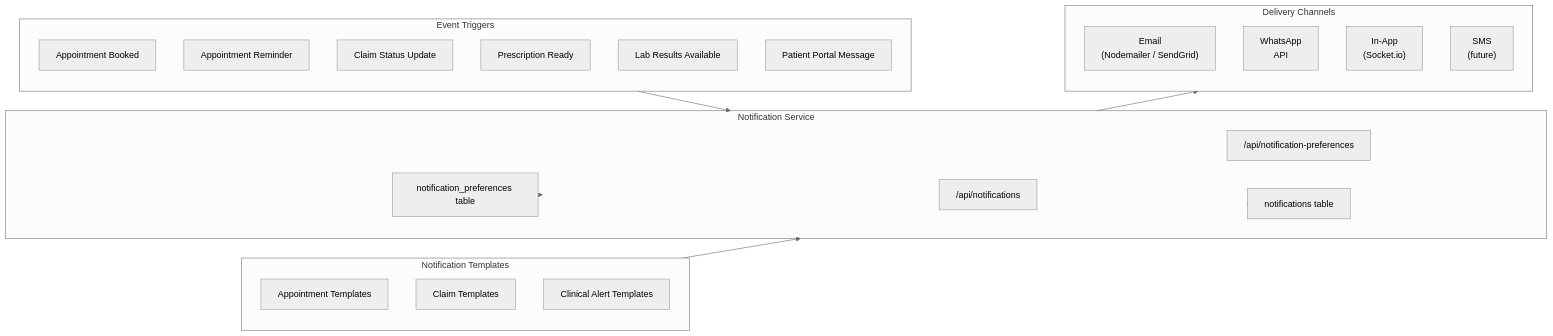
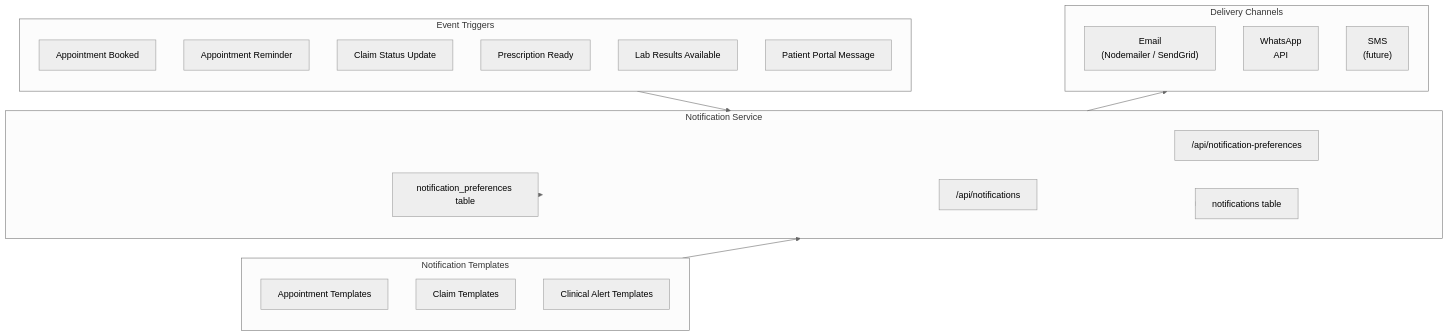
Before and after one commit to rajbizchannels/AureonCare: diagram 13 of 16 in ARCHITECTURE_DIAGRAM.md, drawn with Mermaid (neutral theme). The commit also changed other lines of this file, not shown here.

````diff
--- a/ARCHITECTURE_DIAGRAM.md
+++ b/ARCHITECTURE_DIAGRAM.md
@@ -812,37 +809,36 @@
 ```mermaid
 graph LR
     subgraph Triggers["Event Triggers"]
         APPT_BOOK["Appointment Booked"]
         APPT_REMIND["Appointment Reminder"]
         CLAIM_UPDATE["Claim Status Update"]
         RX_READY["Prescription Ready"]
         LAB_RESULT["Lab Results Available"]
         PORTAL_MSG["Patient Portal Message"]
     end
 
     subgraph NotifService["Notification Service"]
         NOTIF_ROUTE["/api/notifications"]
         NOTIF_PREF["/api/notification-preferences"]
         NOTIF_DB["notifications table"]
         PREF_DB["notification_preferences table"]
     end
 
     subgraph Channels["Delivery Channels"]
         EMAIL_CH["Email<br/>(Nodemailer / SendGrid)"]
         WHATSAPP_CH["WhatsApp<br/>API"]
-        IN_APP["In-App<br/>(Socket.io)"]
         SMS_CH["SMS<br/>(future)"]
     end
 
     subgraph Templates["Notification Templates"]
         APPT_TMPL["Appointment Templates"]
         CLAIM_TMPL["Claim Templates"]
         CLINICAL_TMPL["Clinical Alert Templates"]
     end
 
     Triggers --> NotifService
     NotifService --> NOTIF_DB
     PREF_DB --> NotifService
     NotifService --> Channels
     Templates --> NotifService
 ```
````
